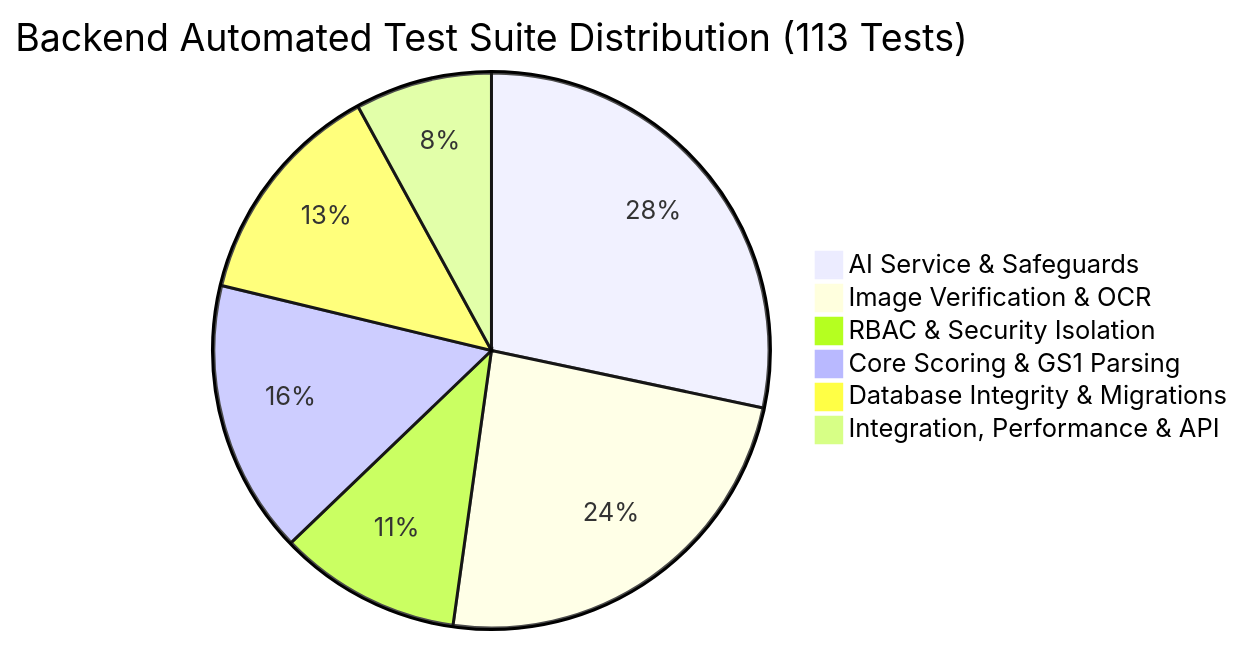
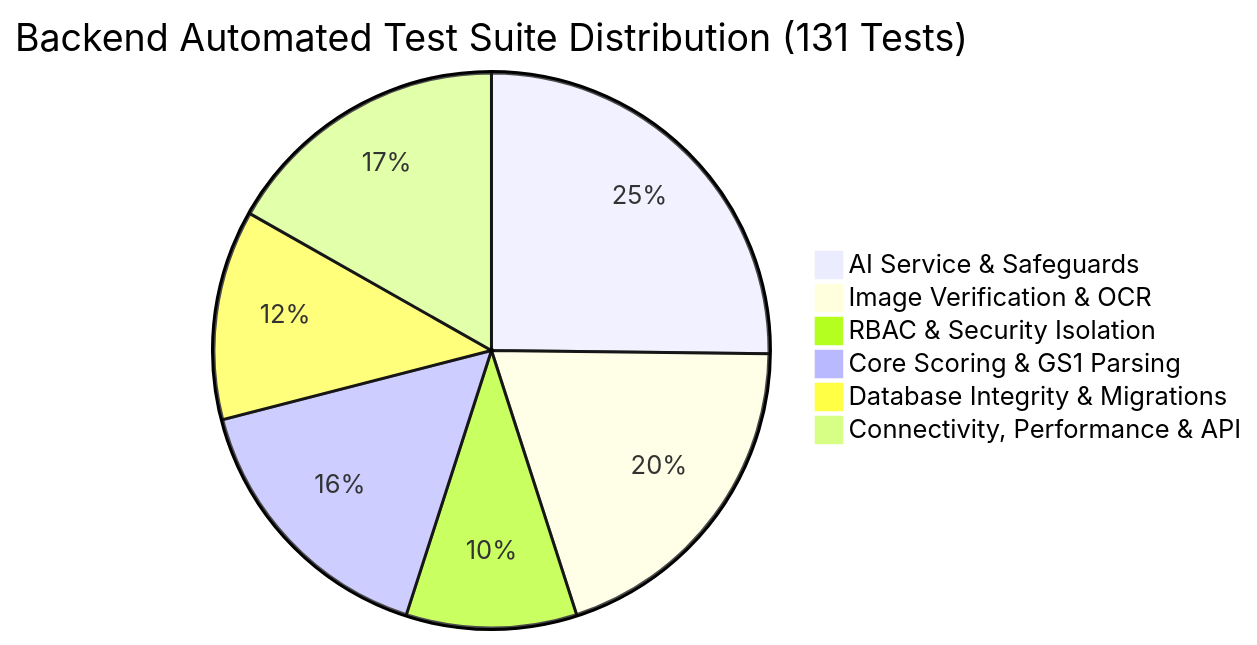
One commit to stevezone17-ops/MedVerify changed the diagram in INTEGRATION_TEST_REPORT.md. Above: the diagram before and after it, drawn with Mermaid. The commit also changed other lines of this file and 6 other files, not shown here.

````diff
--- a/INTEGRATION_TEST_REPORT.md
+++ b/INTEGRATION_TEST_REPORT.md
@@ -14,9 +14,9 @@
 ```mermaid
-pie title Backend Automated Test Suite Distribution (113 Tests)
-    "AI Service & Safeguards" : 32
-    "Image Verification & OCR" : 27
-    "RBAC & Security Isolation" : 12
-    "Core Scoring & GS1 Parsing" : 18
-    "Database Integrity & Migrations" : 15
-    "Integration, Performance & API" : 9
+pie title Backend Automated Test Suite Distribution (131 Tests)
+    "AI Service & Safeguards" : 33
+    "Image Verification & OCR" : 26
+    "RBAC & Security Isolation" : 13
+    "Core Scoring & GS1 Parsing" : 21
+    "Database Integrity & Migrations" : 16
+    "Connectivity, Performance & API" : 22
 ```
````
